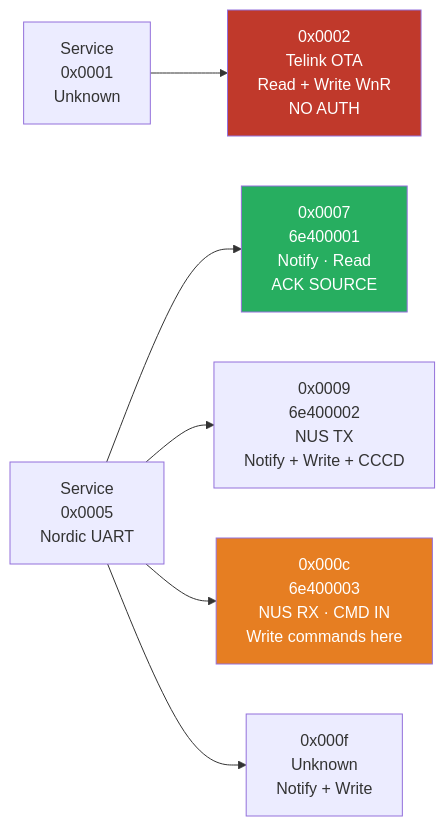
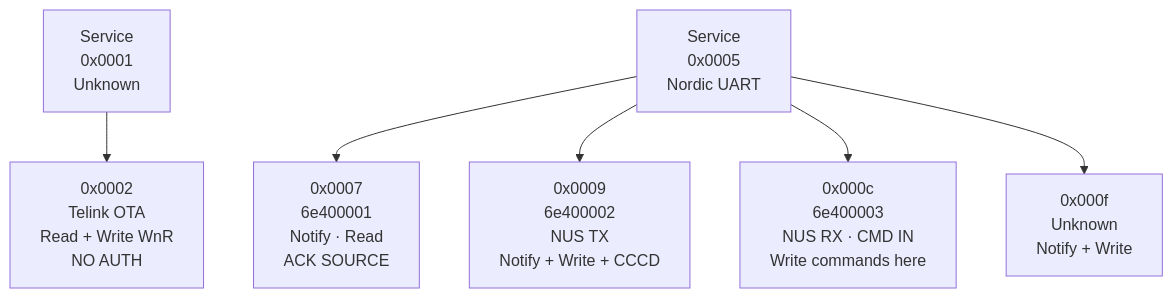
The third of 9 diagrams in content/blog/godrej-smart-matic.md (V33RU/veera.github.io), drawn with Mermaid before and after one commit. The commit also changed other lines of this file, not shown here.

````diff
--- a/content/blog/godrej-smart-matic.md
+++ b/content/blog/godrej-smart-matic.md
@@ -182,12 +173,8 @@
 ```mermaid
-graph LR
-    S1[Service\n0x0001\nUnknown] --> C1[0x0002\nTelink OTA\nRead + Write WnR\nNO AUTH]
-    S2[Service\n0x0005\nNordic UART] --> C2[0x0007\n6e400001\nNotify · Read\nACK SOURCE]
-    S2 --> C3[0x0009\n6e400002\nNUS TX\nNotify + Write + CCCD]
-    S2 --> C4[0x000c\n6e400003\nNUS RX · CMD IN\nWrite commands here]
-    S2 --> C5[0x000f\nUnknown\nNotify + Write]
-
-    style C1 fill:#c0392b,color:#fff
-    style C2 fill:#27ae60,color:#fff
-    style C4 fill:#e67e22,color:#fff
+graph TB
+    S1["Service<br/>0x0001<br/>Unknown"] --> C1["0x0002<br/>Telink OTA<br/>Read + Write WnR<br/>NO AUTH"]
+    S2["Service<br/>0x0005<br/>Nordic UART"] --> C2["0x0007<br/>6e400001<br/>Notify · Read<br/>ACK SOURCE"]
+    S2 --> C3["0x0009<br/>6e400002<br/>NUS TX<br/>Notify + Write + CCCD"]
+    S2 --> C4["0x000c<br/>6e400003<br/>NUS RX · CMD IN<br/>Write commands here"]
+    S2 --> C5["0x000f<br/>Unknown<br/>Notify + Write"]
 ```
````
